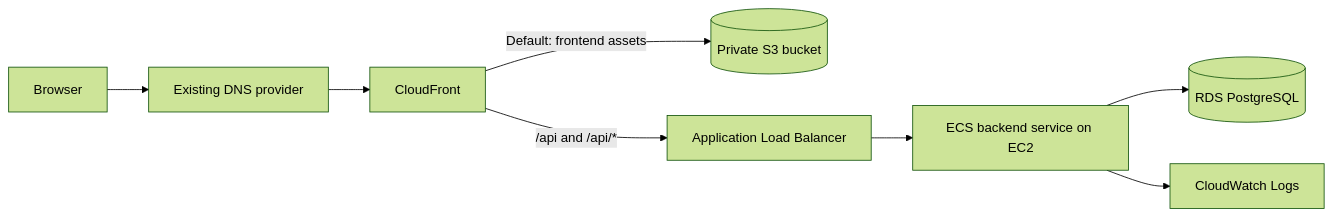
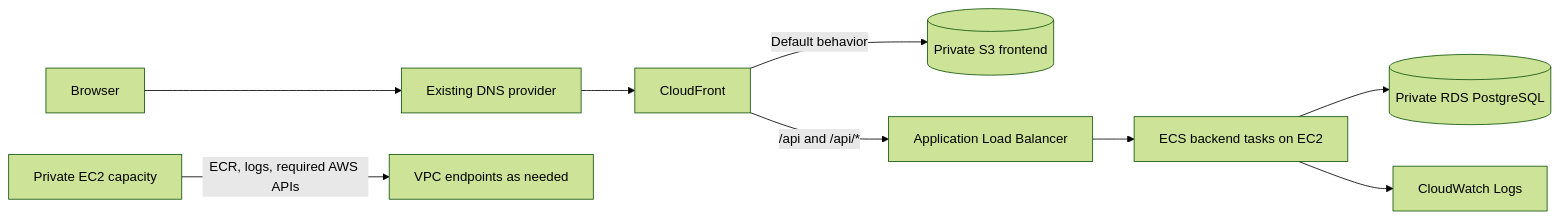
Before and after one commit to jakobzagar/Fit-Track: the diagram in docs/aws-deployment-plan.md, drawn with Mermaid (forest theme). The commit also changed other lines of this file and 2 other files, not shown here.

Commit message:
docs: separate AWS plan and implementation log

````diff
--- a/docs/aws-deployment-plan.md
+++ b/docs/aws-deployment-plan.md
@@ -46,10 +17,11 @@
 ```mermaid
 flowchart LR
-    User[Browser] --> DNS[Existing DNS provider]
+    Browser[Browser] --> DNS[Existing DNS provider]
     DNS --> CF[CloudFront]
-    CF -->|Default: frontend assets| S3[(Private S3 bucket)]
+    CF -->|Default behavior| S3[(Private S3 frontend)]
     CF -->|/api and /api/*| ALB[Application Load Balancer]
-    ALB --> ECS[ECS backend service on EC2]
-    ECS --> RDS[(RDS PostgreSQL)]
+    ALB --> ECS[ECS backend tasks on EC2]
+    ECS --> RDS[(Private RDS PostgreSQL)]
     ECS --> CW[CloudWatch Logs]
+    EC2[Private EC2 capacity] -->|ECR, logs, required AWS APIs| VPCE[VPC endpoints as needed]
 ```
````
